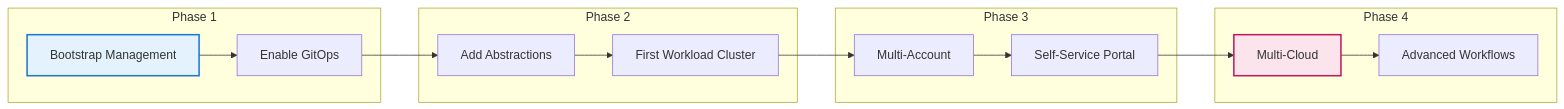
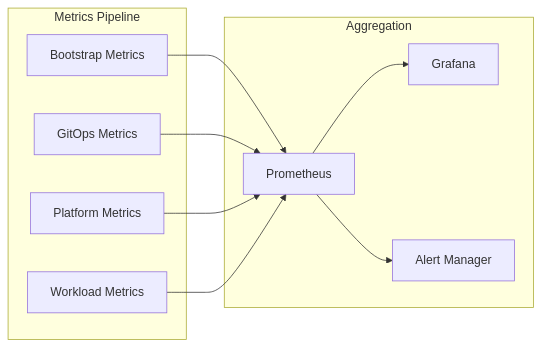
Before and after one commit to cgoolsby/cgoolsby.github.io: the sixth of 6 diagrams in content/posts/blog-post-k8s-hyperscalar-architecture.md, drawn with Mermaid. The commit also changed other lines of this file, not shown here.

````diff
--- a/content/posts/blog-post-k8s-hyperscalar-architecture.md
+++ b/content/posts/blog-post-k8s-hyperscalar-architecture.md
@@ -341,33 +380,23 @@
 ```mermaid
 graph LR
-    subgraph "Phase 1"
-        Bootstrap[Bootstrap Management]
-        GitOps[Enable GitOps]
+    subgraph "Metrics Pipeline"
+        Bootstrap[Bootstrap Metrics]
+        GitOps[GitOps Metrics]
+        Platform[Platform Metrics]
+        Workload[Workload Metrics]
     end
     
-    subgraph "Phase 2"
-        Abstract[Add Abstractions]
-        FirstCluster[First Workload Cluster]
+    subgraph "Aggregation"
+        Prometheus[Prometheus]
+        Grafana[Grafana]
+        Alerting[Alert Manager]
     end
     
-    subgraph "Phase 3"
-        MultiAccount[Multi-Account]
-        SelfService[Self-Service Portal]
-    end
+    Bootstrap --> Prometheus
+    GitOps --> Prometheus
+    Platform --> Prometheus
+    Workload --> Prometheus
     
-    subgraph "Phase 4"
-        MultiCloud[Multi-Cloud]
-        Advanced[Advanced Workflows]
-    end
-    
-    Bootstrap --> GitOps
-    GitOps --> Abstract
-    Abstract --> FirstCluster
-    FirstCluster --> MultiAccount
-    MultiAccount --> SelfService
-    SelfService --> MultiCloud
-    MultiCloud --> Advanced
-    
-    style Bootstrap fill:#e3f2fd,stroke:#1976d2,stroke-width:2px
-    style MultiCloud fill:#fce4ec,stroke:#c2185b,stroke-width:2px
+    Prometheus --> Grafana
+    Prometheus --> Alerting
 ```
````
